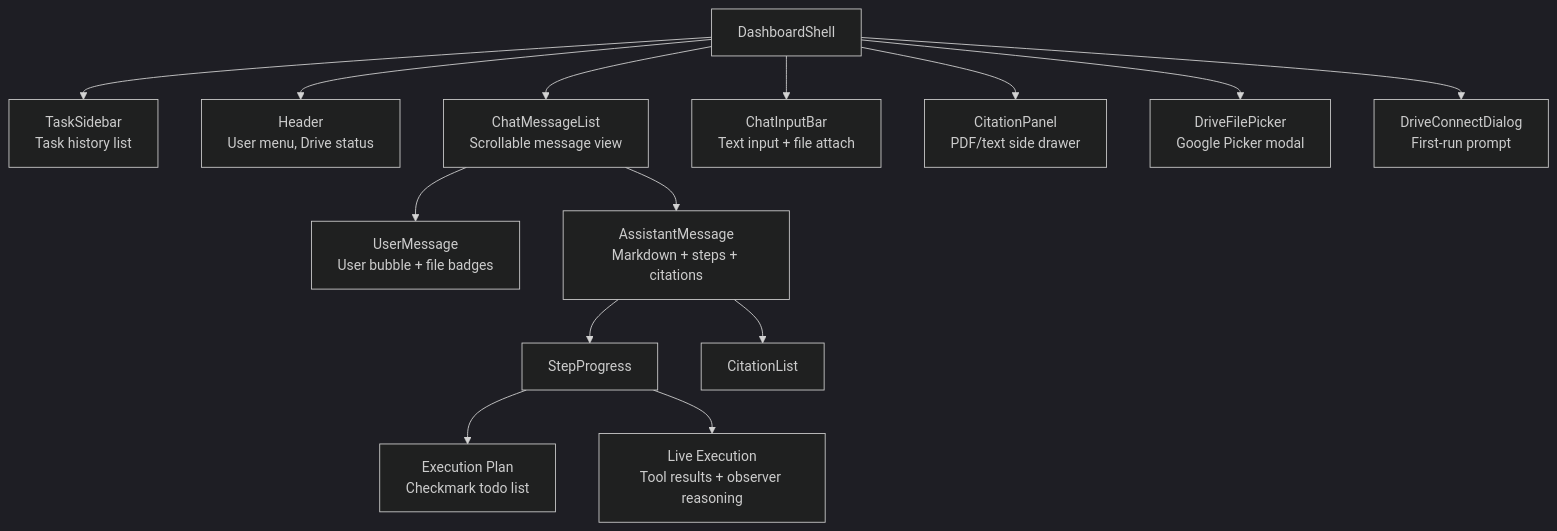
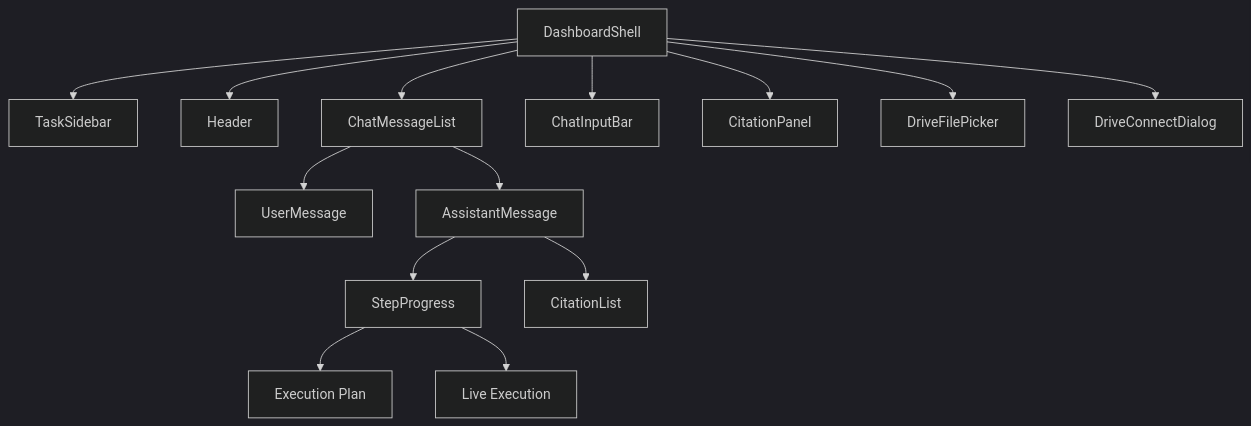
Diagram 12 of 12 in README.md (lokeshkhabiya/Libra-AI-assignment), drawn with Mermaid (dark theme) before and after one commit. The commit also changed other lines of this file, not shown here.

Commit message:
feat: implementation complete

````diff
--- a/README.md
+++ b/README.md
@@ -995,19 +1005,19 @@
 ```mermaid
 flowchart TD
-    SHELL[DashboardShell] --> SIDEBAR[TaskSidebar<br/>Task history list]
-    SHELL --> HEADER[Header<br/>User menu, Drive status]
-    SHELL --> MESSAGES[ChatMessageList<br/>Scrollable message view]
-    SHELL --> INPUT[ChatInputBar<br/>Text input + file attach]
-    SHELL --> CITPANEL[CitationPanel<br/>PDF/text side drawer]
-    SHELL --> PICKER[DriveFilePicker<br/>Google Picker modal]
-    SHELL --> CONNECT[DriveConnectDialog<br/>First-run prompt]
+    SHELL[DashboardShell] --> SIDEBAR[TaskSidebar]
+    SHELL --> HEADER[Header]
+    SHELL --> MESSAGES[ChatMessageList]
+    SHELL --> INPUT[ChatInputBar]
+    SHELL --> CITPANEL[CitationPanel]
+    SHELL --> PICKER[DriveFilePicker]
+    SHELL --> CONNECT[DriveConnectDialog]
 
-    MESSAGES --> USERMSG[UserMessage<br/>User bubble + file badges]
-    MESSAGES --> ASTMSG[AssistantMessage<br/>Markdown + steps + citations]
+    MESSAGES --> USERMSG[UserMessage]
+    MESSAGES --> ASTMSG[AssistantMessage]
 
     ASTMSG --> STEPS[StepProgress]
     ASTMSG --> CITLIST[CitationList]
 
-    STEPS --> PLAN_VIEW[Execution Plan<br/>Checkmark todo list]
-    STEPS --> LIVE_VIEW[Live Execution<br/>Tool results + observer reasoning]
+    STEPS --> PLAN_VIEW[Execution Plan]
+    STEPS --> LIVE_VIEW[Live Execution]
 ```
````
